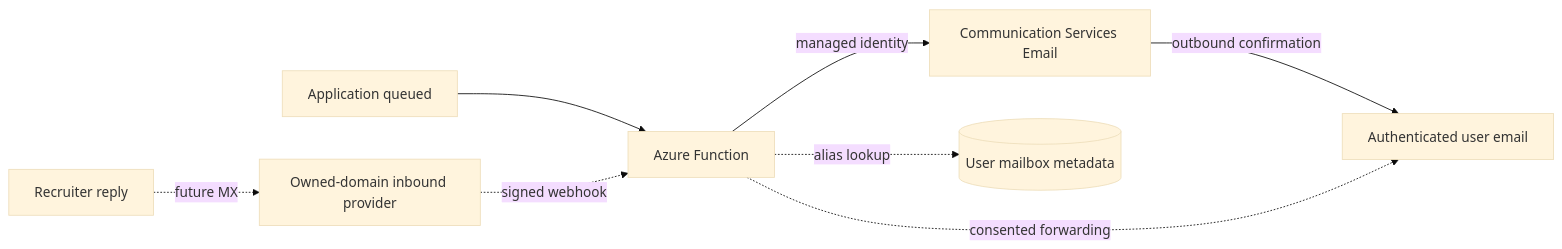
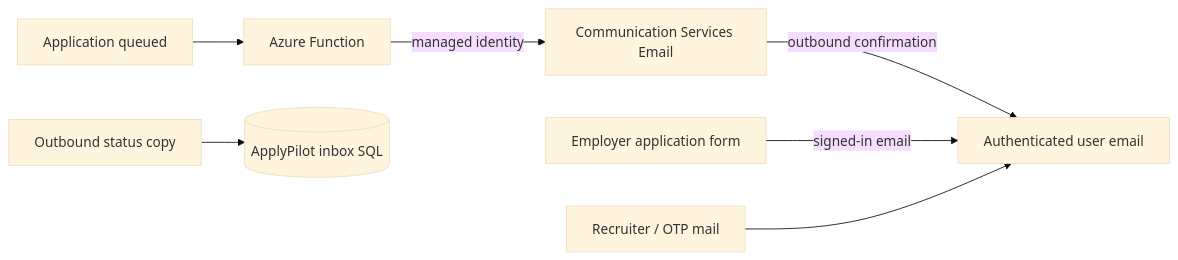
Before and after one commit to shivangsoni/resume_tool: the third of 7 diagrams in ARCHITECTURE.md, drawn with Mermaid (base theme). The commit also changed other lines of this file and 6 other files, not shown here.

Commit message:
route to user email

````diff
--- a/ARCHITECTURE.md
+++ b/ARCHITECTURE.md
@@ -74,11 +74,11 @@
 ```mermaid
 flowchart LR
     Queue[Application queued] --> Function[Azure Function]
     Function -->|managed identity| ACS[Communication Services Email]
     ACS -->|outbound confirmation| IdentityEmail[Authenticated user email]
 
-    Recruiter[Recruiter reply] -. future MX .-> Inbound[Owned-domain inbound provider]
-    Inbound -. signed webhook .-> Function
-    Function -. alias lookup .-> SQL[(User mailbox metadata)]
-    Function -. consented forwarding .-> IdentityEmail
+    EmployerForm[Employer application form] -->|signed-in email| IdentityEmail
+    Recruiter[Recruiter / OTP mail] --> IdentityEmail
+
+    StatusMirror[Outbound status copy] --> Inbox[(ApplyPilot inbox SQL)]
 ```
````
